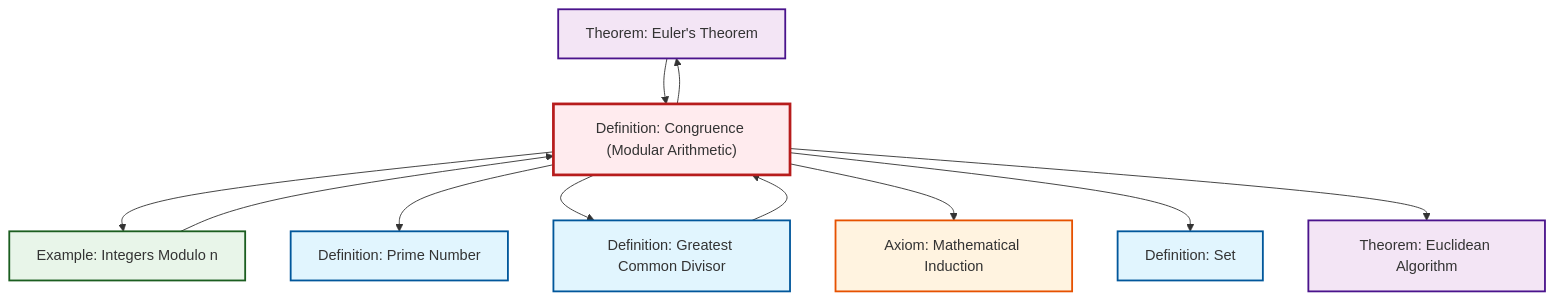
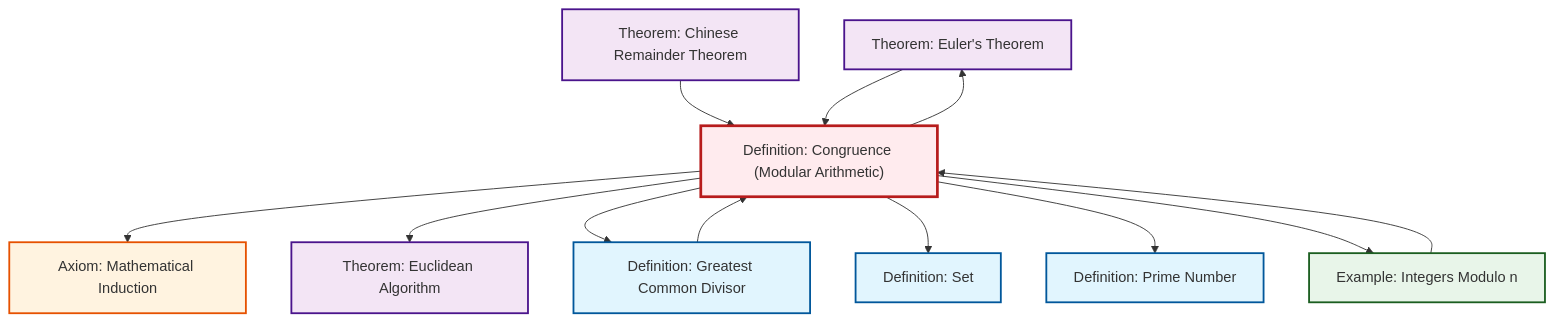
The diagram in content/ja/number-theory/def-congruence.qmd (RK0429/ModernMath), drawn with Mermaid before and after one commit. The commit also changed 615 other files, not shown here.

First line of the commit message:
feat: Add Chinese Remainder Theorem article with comprehensive cross-references

````diff
--- a/content/ja/number-theory/def-congruence.qmd
+++ b/content/ja/number-theory/def-congruence.qmd
@@ -122,35 +122,38 @@
 ```{mermaid}
 %%| fig-cap: "Local dependency graph"
 graph TD
     classDef definition fill:#e1f5fe,stroke:#01579b,stroke-width:2px
     classDef theorem fill:#f3e5f5,stroke:#4a148c,stroke-width:2px
     classDef axiom fill:#fff3e0,stroke:#e65100,stroke-width:2px
     classDef example fill:#e8f5e9,stroke:#1b5e20,stroke-width:2px
     classDef current fill:#ffebee,stroke:#b71c1c,stroke-width:3px
+    def-set["Definition: Set"]:::definition
     thm-euler["Theorem: Euler's Theorem"]:::theorem
+    def-gcd["Definition: Greatest Common Divisor"]:::definition
+    def-congruence["Definition: Congruence (Modular Arithmetic)"]:::definition
+    ax-induction["Axiom: Mathematical Induction"]:::axiom
+    thm-chinese-remainder["Theorem: Chinese Remainder Theorem"]:::theorem
+    ex-quotient-integers-mod-n["Example: Integers Modulo n"]:::example
     def-prime["Definition: Prime Number"]:::definition
-    def-set["Definition: Set"]:::definition
-    ax-induction["Axiom: Mathematical Induction"]:::axiom
-    def-gcd["Definition: Greatest Common Divisor"]:::definition
     thm-euclidean-algorithm["Theorem: Euclidean Algorithm"]:::theorem
-    def-congruence["Definition: Congruence (Modular Arithmetic)"]:::definition
-    ex-quotient-integers-mod-n["Example: Integers Modulo n"]:::example
+    def-congruence --> ax-induction
+    def-congruence --> thm-euclidean-algorithm
+    def-congruence --> def-gcd
+    def-congruence --> thm-euler
+    def-congruence --> def-set
+    ex-quotient-integers-mod-n --> def-congruence
+    thm-chinese-remainder --> def-congruence
+    def-congruence --> def-prime
+    thm-euler --> def-congruence
     def-congruence --> ex-quotient-integers-mod-n
-    def-congruence --> def-prime
-    def-congruence --> def-gcd
-    def-congruence --> ax-induction
-    def-congruence --> def-set
     def-gcd --> def-congruence
-    def-congruence --> thm-euclidean-algorithm
-    def-congruence --> thm-euler
-    thm-euler --> def-congruence
-    ex-quotient-integers-mod-n --> def-congruence
     class def-congruence current
+    click def-set "def-set.html" "Definition: Setへ"
     click thm-euler "thm-euler.html" "Theorem: Euler's Theoremへ"
+    click def-gcd "def-gcd.html" "Definition: Greatest Common Divisorへ"
+    click ax-induction "ax-induction.html" "Axiom: Mathematical Inductionへ"
+    click thm-chinese-remainder "thm-chinese-remainder.html" "Theorem: Chinese Remainder Theoremへ"
+    click ex-quotient-integers-mod-n "ex-quotient-integers-mod-n.html" "Example: Integers Modulo nへ"
     click def-prime "def-prime.html" "Definition: Prime Numberへ"
-    click def-set "def-set.html" "Definition: Setへ"
-    click ax-induction "ax-induction.html" "Axiom: Mathematical Inductionへ"
-    click def-gcd "def-gcd.html" "Definition: Greatest Common Divisorへ"
     click thm-euclidean-algorithm "thm-euclidean-algorithm.html" "Theorem: Euclidean Algorithmへ"
-    click ex-quotient-integers-mod-n "ex-quotient-integers-mod-n.html" "Example: Integers Modulo nへ"
 ```
````
